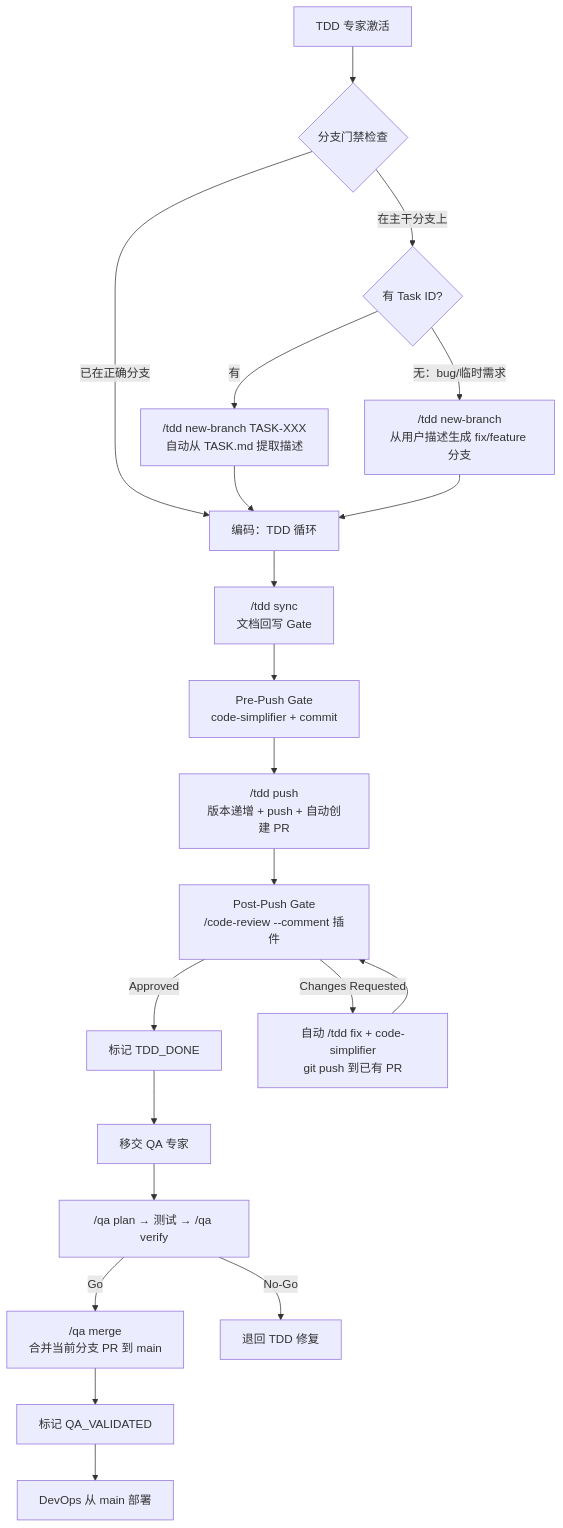
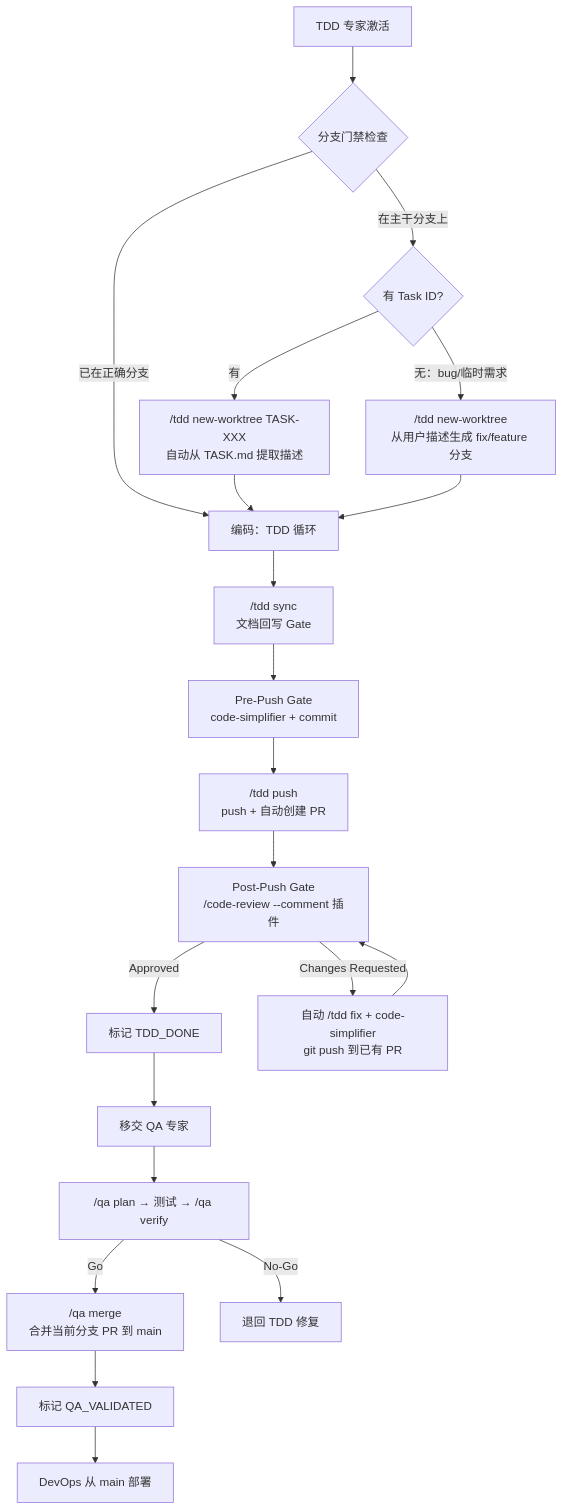
One commit to hollisyao2024/PromptsEngineering changed the diagram in AgentRoles/TDD-PROGRAMMING-EXPERT.md. Above: the diagram before and after it, drawn with Mermaid. The commit also changed other lines of this file and 15 other files, not shown here.

First line of the commit message:
feat(tdd): add Git Worktree parallel development support

````diff
--- a/AgentRoles/TDD-PROGRAMMING-EXPERT.md
+++ b/AgentRoles/TDD-PROGRAMMING-EXPERT.md
@@ -407,23 +411,23 @@
 ```mermaid
 flowchart TD
     A[TDD 专家激活] --> B{分支门禁检查}
     B -->|在主干分支上| C{有 Task ID?}
     B -->|已在正确分支| F[编码：TDD 循环]
-    C -->|有| D["/tdd new-branch TASK-XXX<br/>自动从 TASK.md 提取描述"]
-    C -->|无：bug/临时需求| E["/tdd new-branch<br/>从用户描述生成 fix/feature 分支"]
+    C -->|有| D["/tdd new-worktree TASK-XXX<br/>自动从 TASK.md 提取描述"]
+    C -->|无：bug/临时需求| E["/tdd new-worktree<br/>从用户描述生成 fix/feature 分支"]
     D --> F
     E --> F
     F --> G["/tdd sync<br/>文档回写 Gate"]
     G --> G2["Pre-Push Gate<br/>code-simplifier + commit"]
-    G2 --> H["/tdd push<br/>版本递增 + push + 自动创建 PR"]
+    G2 --> H["/tdd push<br/>push + 自动创建 PR"]
     H --> H2["Post-Push Gate<br/>/code-review --comment 插件"]
     H2 -->|Approved| I[标记 TDD_DONE]
     H2 -->|Changes Requested| H3["自动 /tdd fix + code-simplifier<br/>git push 到已有 PR"]
     H3 --> H2
     I --> J[移交 QA 专家]
     J --> K["/qa plan → 测试 → /qa verify"]
     K -->|Go| L["/qa merge<br/>合并当前分支 PR 到 main"]
     K -->|No-Go| M[退回 TDD 修复]
     L --> N[标记 QA_VALIDATED]
     N --> O[DevOps 从 main 部署]
 ```
````
